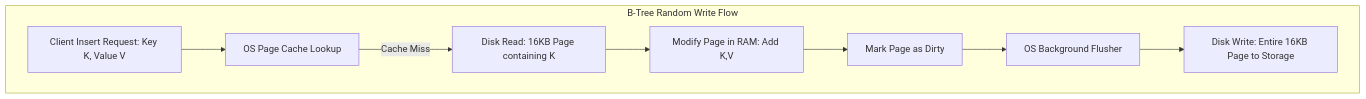
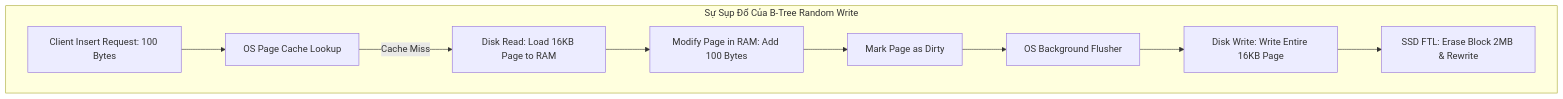
The first of 2 diagrams in blogs/part-1/07-fractal-trees-write-heavy-workload.md (caubebinhan/landingpage), drawn with Mermaid before and after one commit. The commit also changed other lines of this file and 6563 other files, not shown here.

````diff
--- a/blogs/part-1/07-fractal-trees-write-heavy-workload.md
+++ b/blogs/part-1/07-fractal-trees-write-heavy-workload.md
@@ -9,11 +42,12 @@
 ```mermaid
 graph TD
-    subgraph "B-Tree Random Write Flow"
-        A[Client Insert Request: Key K, Value V] --> B[OS Page Cache Lookup]
-        B -->|Cache Miss| C[Disk Read: 16KB Page containing K]
-        C --> D[Modify Page in RAM: Add K,V]
+    subgraph "Sự Sụp Đổ Của B-Tree Random Write"
+        A[Client Insert Request: 100 Bytes] --> B[OS Page Cache Lookup]
+        B -->|Cache Miss| C[Disk Read: Load 16KB Page to RAM]
+        C --> D[Modify Page in RAM: Add 100 Bytes]
         D --> E[Mark Page as Dirty]
         E --> F[OS Background Flusher]
-        F --> G[Disk Write: Entire 16KB Page to Storage]
+        F --> G[Disk Write: Write Entire 16KB Page]
+        G --> H[SSD FTL: Erase Block 2MB & Rewrite]
     end
 ```
````
